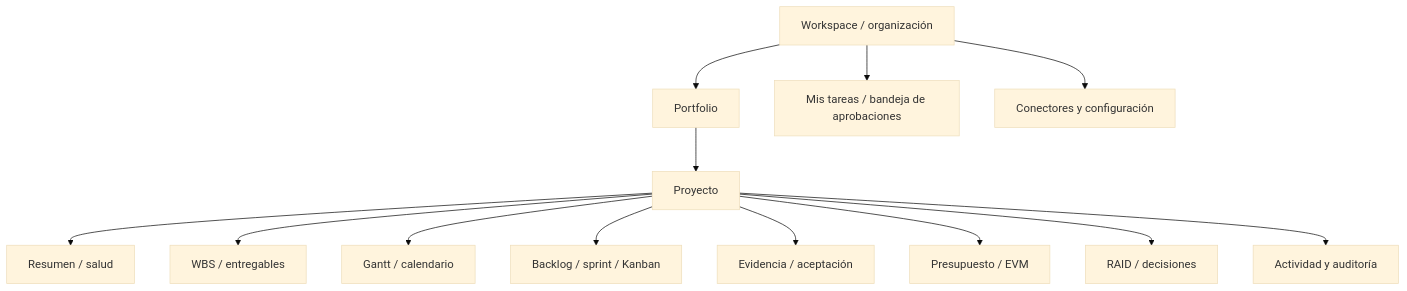
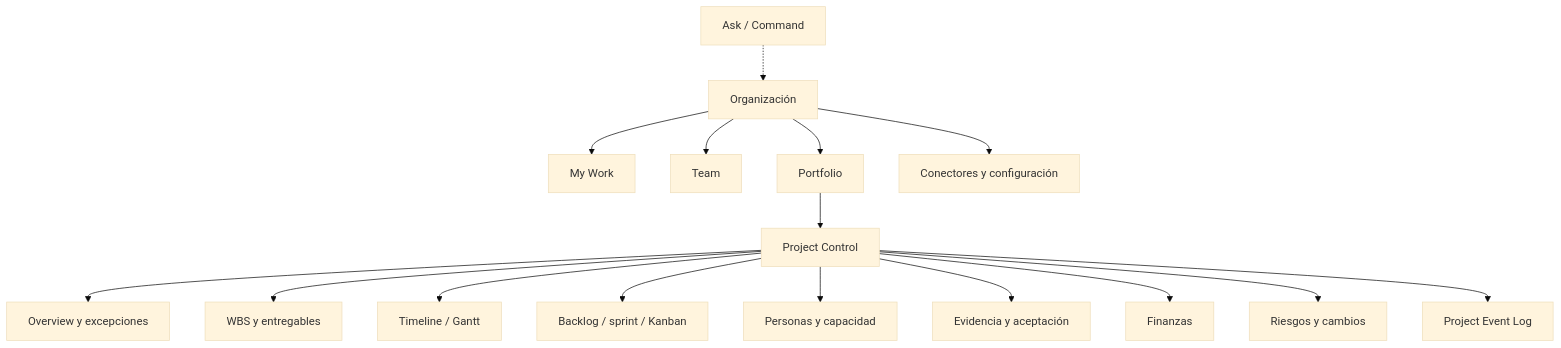
Before and after one commit to Abraham2106/alaira-planner: the diagram in docs/product/UX_IA.md, drawn with Mermaid (base theme). The commit also changed other lines of this file and 47 other files, not shown here.

````diff
--- a/docs/product/UX_IA.md
+++ b/docs/product/UX_IA.md
@@ -11,15 +28,18 @@
 ```mermaid
 flowchart TD
- W[Workspace / organización] --> P[Portfolio]
- W --> M[Mis tareas / bandeja de aprobaciones]
+ W[Organización] --> MW[My Work]
+ W --> TM[Team]
+ W --> PF[Portfolio]
  W --> C[Conectores y configuración]
- P --> PR[Proyecto]
- PR --> O[Resumen / salud]
- PR --> WB[WBS / entregables]
- PR --> G[Gantt / calendario]
+ PF --> PR[Project Control]
+ PR --> O[Overview y excepciones]
+ PR --> WB[WBS y entregables]
+ PR --> G[Timeline / Gantt]
  PR --> BA[Backlog / sprint / Kanban]
- PR --> EV[Evidencia / aceptación]
- PR --> FI[Presupuesto / EVM]
- PR --> RI[RAID / decisiones]
- PR --> AC[Actividad y auditoría]
+ PR --> CAP[Personas y capacidad]
+ PR --> EV[Evidencia y aceptación]
+ PR --> FI[Finanzas]
+ PR --> RI[Riesgos y cambios]
+ PR --> LOG[Project Event Log]
+ ASK[Ask / Command] -.-> W
 ```
````
